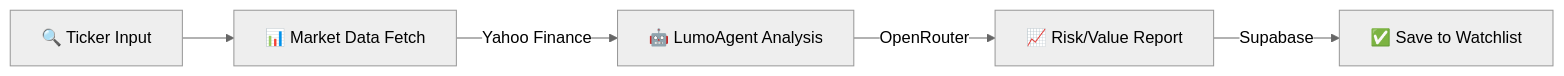
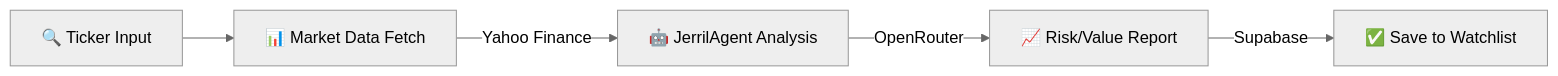
One commit to decimasudo/lumoagent changed the second of 3 diagrams in README.md. Above: the diagram before and after it, drawn with Mermaid (neutral theme). The commit also changed other lines of this file and 27632 other files, not shown here.

````diff
--- a/README.md
+++ b/README.md
@@ -116,7 +158,7 @@
 ```mermaid
 graph LR
     A["🔍 Ticker Input"] --> B["📊 Market Data Fetch"]
-    B -->|"Yahoo Finance"| C["🤖 LumoAgent Analysis"]
+    B -->|"Yahoo Finance"| C["🤖 JerrilAgent Analysis"]
     C -->|"OpenRouter"| D["📈 Risk/Value Report"]
     D -->|"Supabase"| E["✅ Save to Watchlist"]
 ```
````
